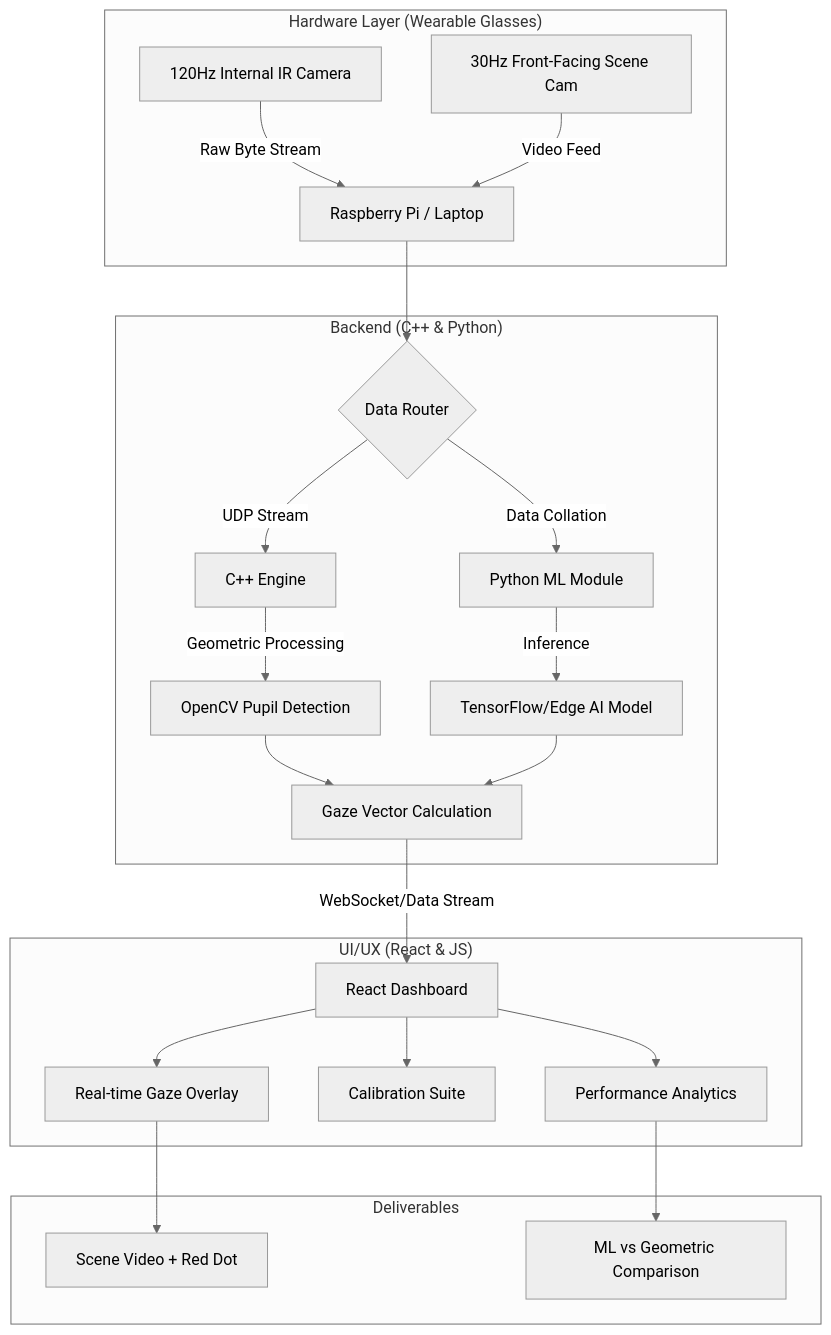
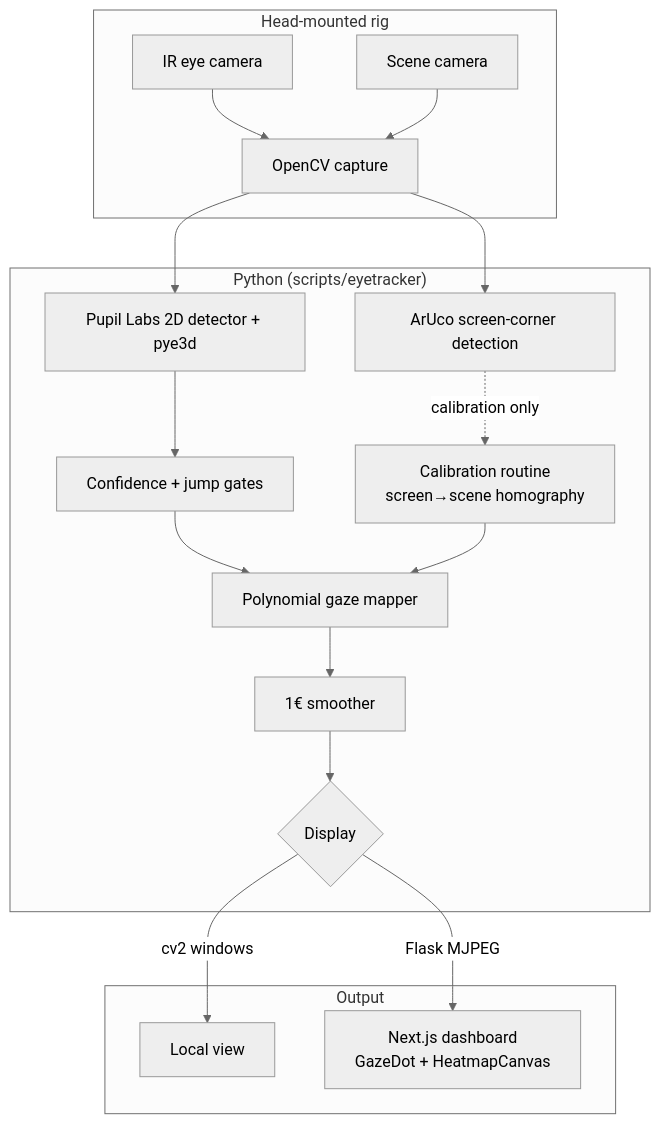
The diagram in README.md (danielkaijzer/Eye-Tracker), drawn with Mermaid (neutral theme) before and after one commit. The commit also changed other lines of this file, not shown here.

````diff
--- a/README.md
+++ b/README.md
@@ -29,31 +86,23 @@
 ```mermaid
 graph TD
-    subgraph Hardware Layer ["Hardware Layer (Wearable Glasses)"]
-        A[120Hz Internal IR Camera] -->|Raw Byte Stream| C[Raspberry Pi / Laptop]
-        B[30Hz Front-Facing Scene Cam] -->|Video Feed| C
+    subgraph Hardware ["Head-mounted rig"]
+        EYE[IR eye camera] --> CAP[OpenCV capture]
+        SCN[Scene camera] --> CAP
     end
 
-    subgraph Backend Layer ["Backend (C++ & Python)"]
-        C --> D{Data Router}
-        D -->|UDP Stream| E[C++ Engine]
-        E -->|Geometric Processing| F[OpenCV Pupil Detection]
-        
-        D -->|Data Collation| G[Python ML Module]
-        G -->|Inference| H[TensorFlow/Edge AI Model]
-        
-        F --> I[Gaze Vector Calculation]
-        H --> I
+    subgraph Backend ["Python (scripts/eyetracker)"]
+        CAP --> PD[Pupil Labs 2D detector + pye3d]
+        PD --> GATE[Confidence + jump gates]
+        GATE --> POLY[Polynomial gaze mapper]
+        CAP --> ARUCO[ArUco screen-corner detection]
+        ARUCO -. calibration only .-> CAL[Calibration routine<br/>screen→scene homography]
+        CAL --> POLY
+        POLY --> SMOOTH[1€ smoother]
+        SMOOTH --> OUT{Display}
     end
 
-    subgraph Frontend Layer ["UI/UX (React & JS)"]
-        I -->|WebSocket/Data Stream| J[React Dashboard]
-        J --> K[Real-time Gaze Overlay]
-        J --> L[Calibration Suite]
-        J --> M[Performance Analytics]
-    end
-
-    subgraph Output ["Deliverables"]
-        K --> N[Scene Video + Red Dot]
-        M --> O[ML vs Geometric Comparison]
+    subgraph Output
+        OUT -->|cv2 windows| CV[Local view]
+        OUT -->|Flask MJPEG| WEB[Next.js dashboard<br/>GazeDot + HeatmapCanvas]
     end
 ```
````
